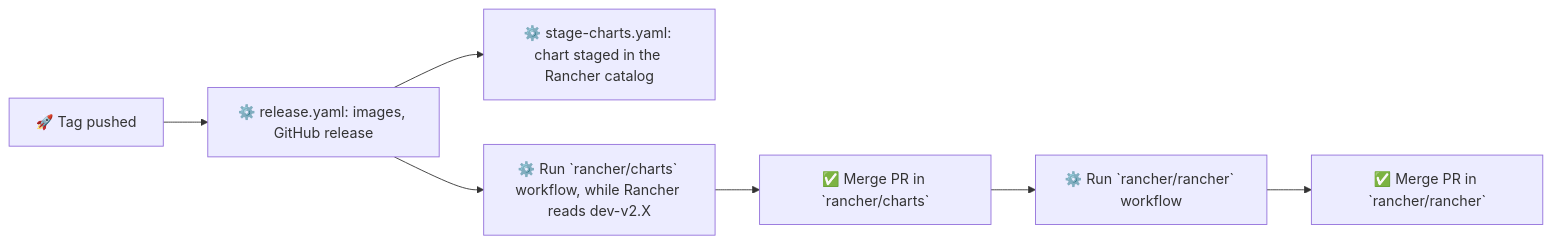
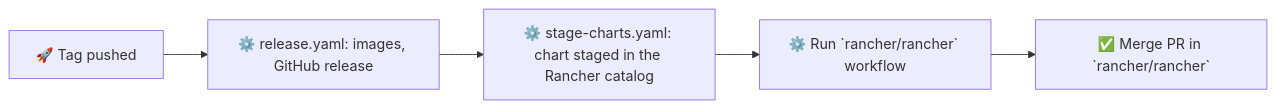
One commit to rancher/turtles changed the diagram in docs/release-automation-workflows.md. Above: the diagram before and after it, drawn with Mermaid. The commit also changed other lines of this file and 3 other files, not shown here.

First line of the commit message:
feat: adapt rancher bump to new charts workflow

````diff
--- a/docs/release-automation-workflows.md
+++ b/docs/release-automation-workflows.md
@@ -79,9 +77,7 @@
 ```mermaid
 flowchart LR
     A[🚀 Tag pushed] --> B[⚙️ release.yaml: images, GitHub release]
     B --> S[⚙️ stage-charts.yaml: chart staged in the Rancher catalog]
-    B --> C[⚙️ Run `rancher/charts` workflow, while Rancher reads dev-v2.X]
-    C --> M[✅ Merge PR in `rancher/charts`]
-    M --> D[⚙️ Run `rancher/rancher` workflow]
+    S --> D[⚙️ Run `rancher/rancher` workflow]
     D --> E[✅ Merge PR in `rancher/rancher`]
 ```
````
